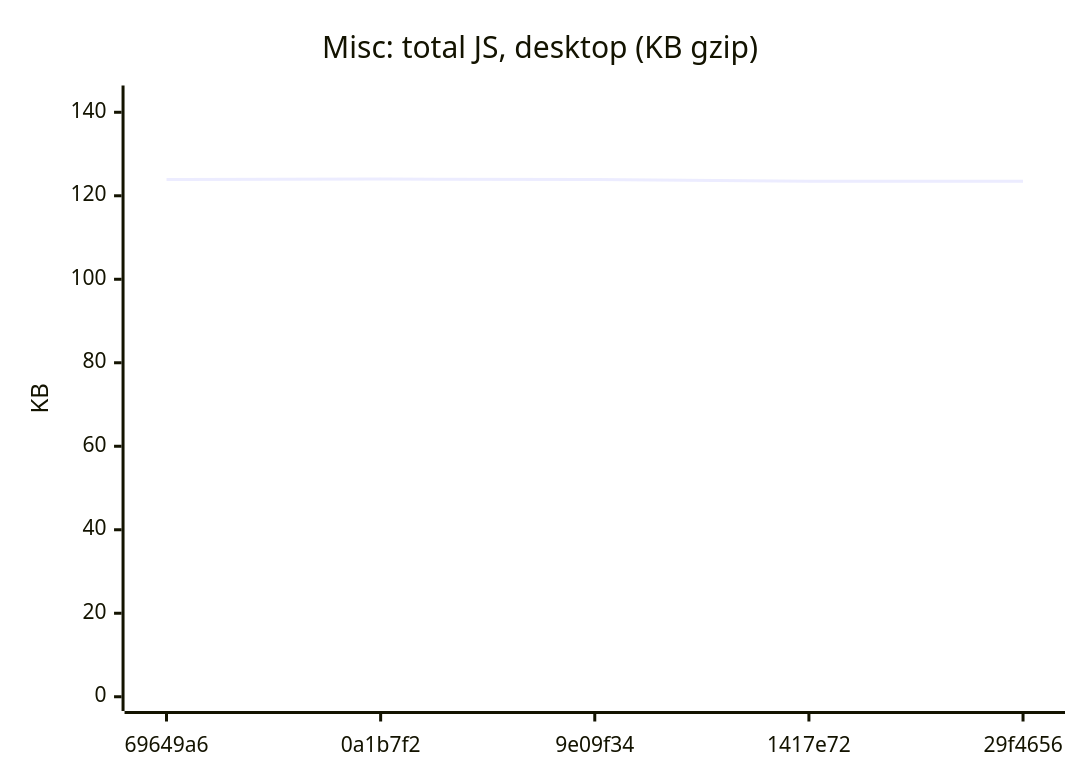
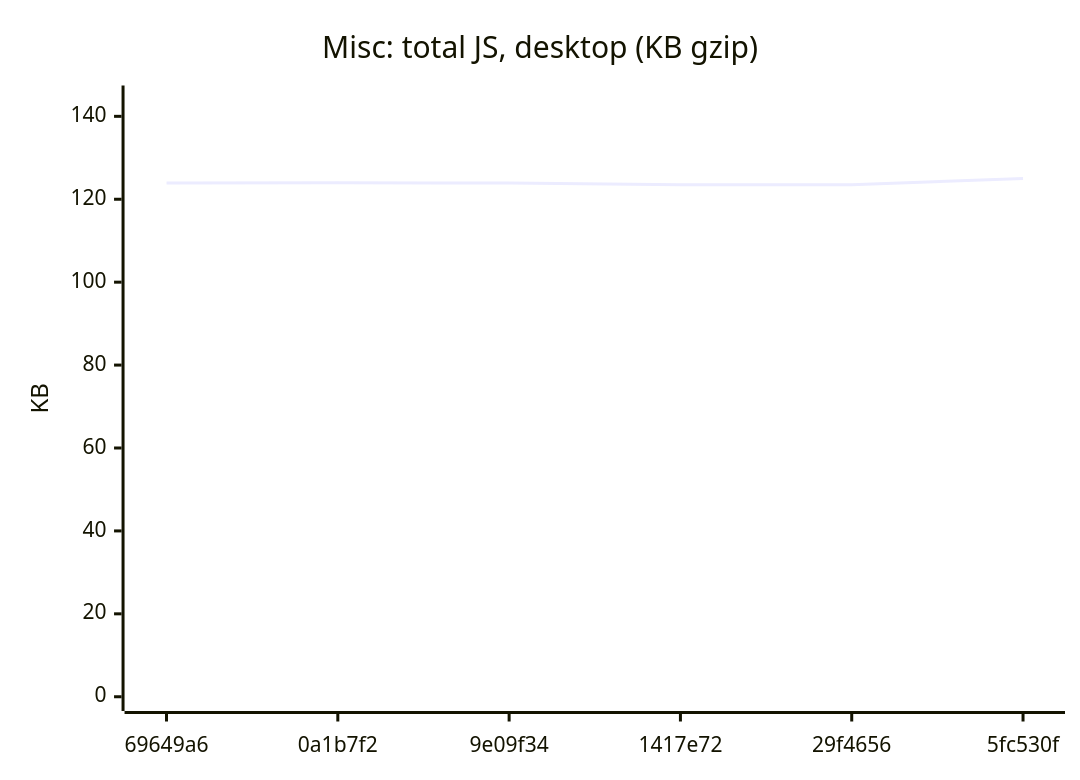
Before and after one commit to AxelUser/maltsev.space: the seventh of 18 diagrams in README.md, drawn with Mermaid. The commit also changed other lines of this file and 1 other file, not shown here.

````diff
--- a/README.md
+++ b/README.md
@@ -89,7 +89,7 @@
 ```mermaid
 xychart-beta
   title "Misc: total JS, desktop (KB gzip)"
-  x-axis ["69649a6", "0a1b7f2", "9e09f34", "1417e72", "29f4656"]
-  y-axis "KB" 0 --> 143
-  line [123.9, 124, 123.9, 123.5, 123.5]
+  x-axis ["69649a6", "0a1b7f2", "9e09f34", "1417e72", "29f4656", "5fc530f"]
+  y-axis "KB" 0 --> 144
+  line [123.9, 124, 123.9, 123.5, 123.5, 125]
 ```
````
